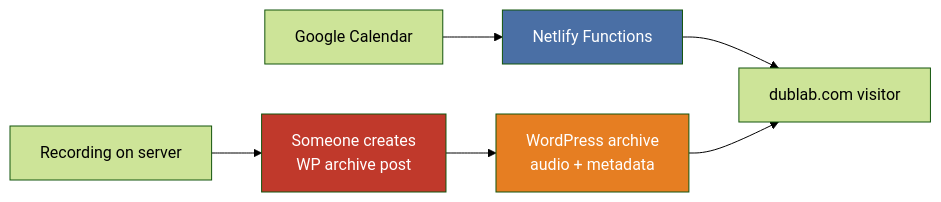
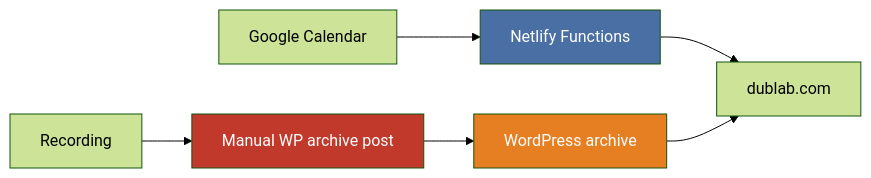
Before and after one commit to bean-la/public-scratch: the third of 5 diagrams in content/dublab-current-vs-slyce.md, drawn with Mermaid (forest theme). The commit also changed other lines of this file and 5 other files, not shown here.

````diff
--- a/content/dublab-current-vs-slyce.md
+++ b/content/dublab-current-vs-slyce.md
@@ -87,19 +120,16 @@
 ```mermaid
 flowchart LR
     GCAL2["Google Calendar"]
     NETLIFY2["Netlify Functions"]
-    REC["Recording on server"]
-    HUMAN["Someone creates<br/>WP archive post"]
-    WP2["WordPress archive<br/>audio + metadata"]
-    WEB["dublab.com visitor"]
+    REC["Recording"]
+    HUMAN["Manual WP archive post"]
+    WP2["WordPress archive"]
+    WEB["dublab.com"]
 
-    GCAL2 --> NETLIFY2
-    NETLIFY2 --> WEB
-    REC --> HUMAN
-    HUMAN --> WP2
-    WP2 --> WEB
+    GCAL2 --> NETLIFY2 --> WEB
+    REC --> HUMAN --> WP2 --> WEB
 
     style HUMAN fill:#c0392b,color:#fff
     style NETLIFY2 fill:#4a6fa5,color:#fff
     style WP2 fill:#e67e22,color:#fff
 ```
````
